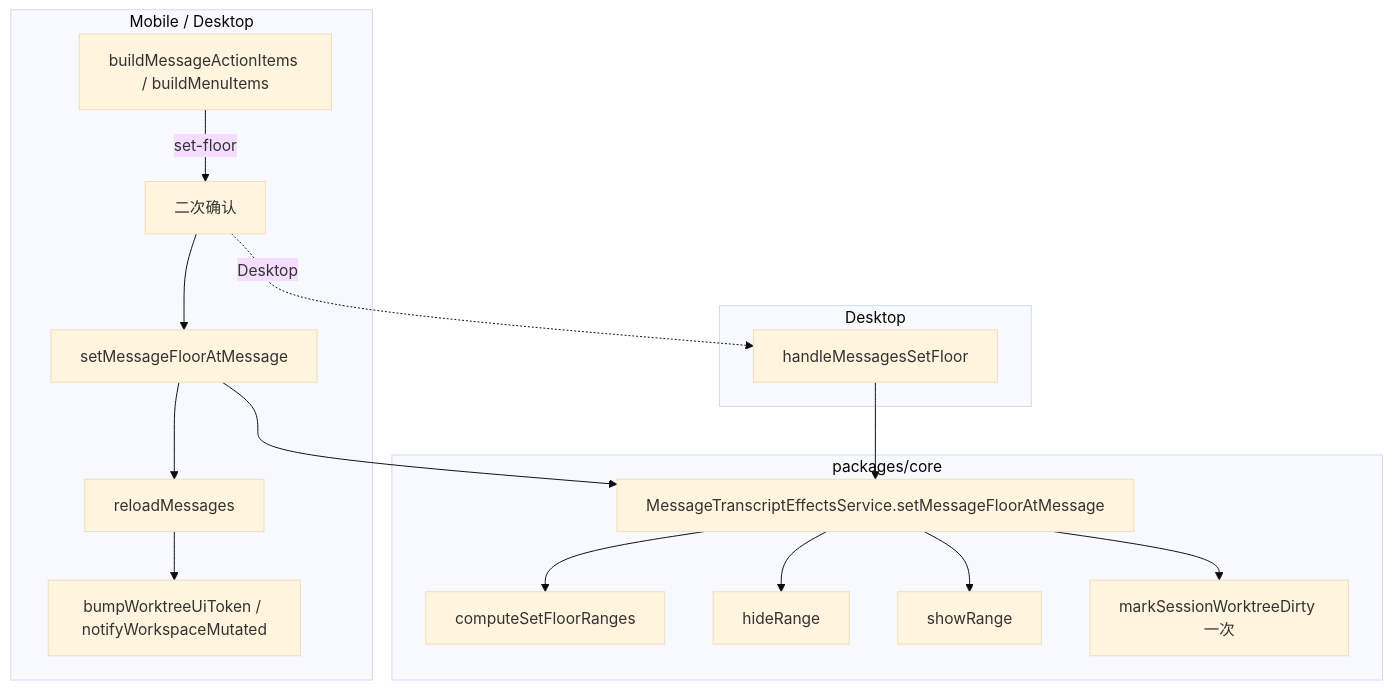
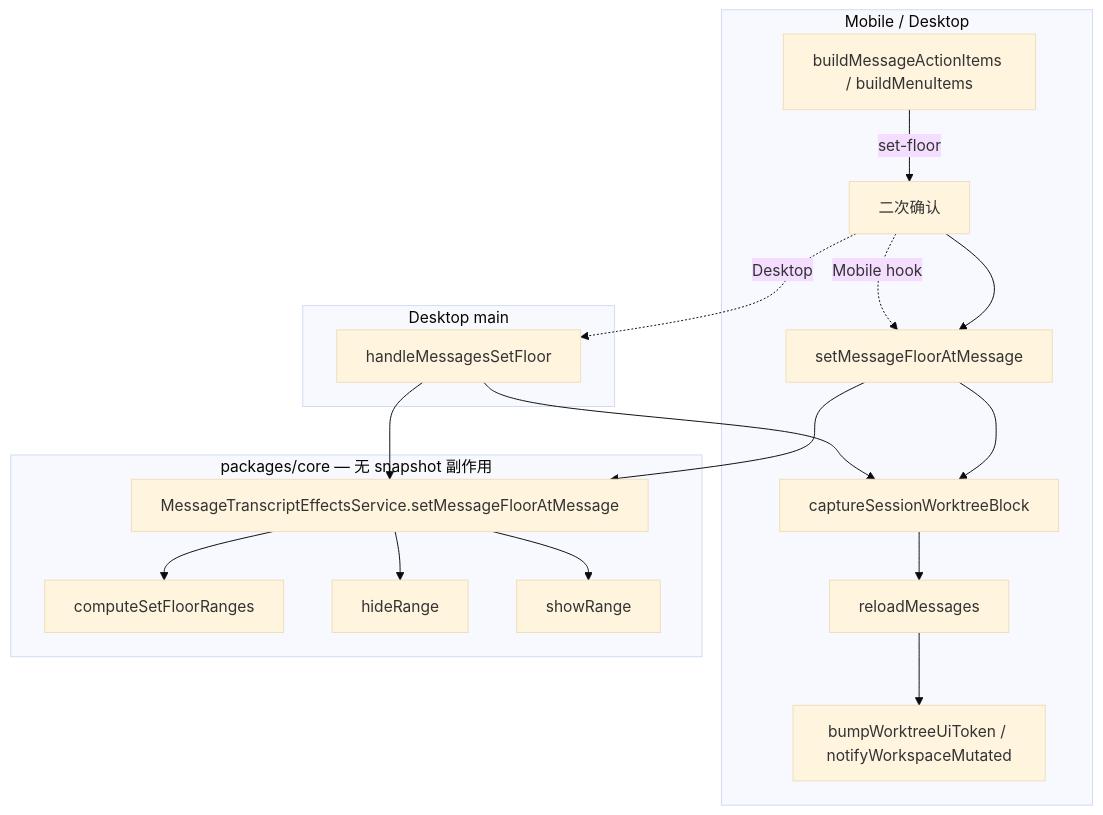
The diagram in .apm/kb/docs/Iterations/message-set-floor/spec.md (bloodycrownD/novel-master), drawn with Mermaid (base theme) before and after one commit. The commit also changed other lines of this file and 3 other files, not shown here.

````diff
--- a/.apm/kb/docs/Iterations/message-set-floor/spec.md
+++ b/.apm/kb/docs/Iterations/message-set-floor/spec.md
@@ -36,24 +39,26 @@
 ```mermaid
 flowchart TB
   subgraph UI [Mobile / Desktop]
     MENU[buildMessageActionItems / buildMenuItems]
     MENU -->|set-floor| CONFIRM[二次确认]
     CONFIRM --> FX[setMessageFloorAtMessage]
-    FX --> RELOAD[reloadMessages]
+    FX --> CAP[captureSessionWorktreeBlock]
+    CAP --> RELOAD[reloadMessages]
     RELOAD --> BUMP[bumpWorktreeUiToken / notifyWorkspaceMutated]
   end
 
-  subgraph IPC [Desktop]
+  subgraph IPC [Desktop main]
     H[handleMessagesSetFloor]
+    H --> CAP
   end
 
-  subgraph Core [packages/core]
+  subgraph Core [packages/core — 无 snapshot 副作用]
     FX --> SVC[MessageTranscriptEffectsService.setMessageFloorAtMessage]
     SVC --> RNG[computeSetFloorRanges]
     SVC --> HID[hideRange]
     SVC --> SHO[showRange]
-    SVC --> DIRTY[markSessionWorktreeDirty 一次]
   end
 
   CONFIRM -.->|Desktop| H --> SVC
+  CONFIRM -.->|Mobile hook| FX
 ```
````
